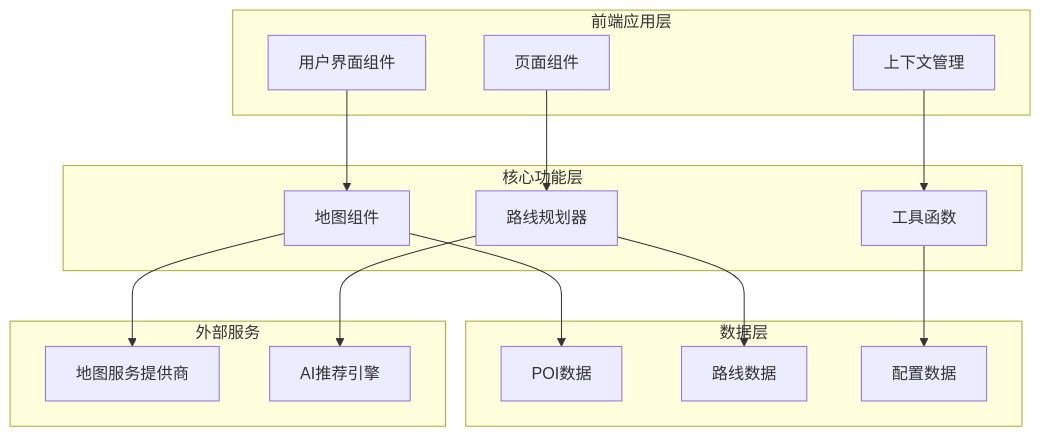
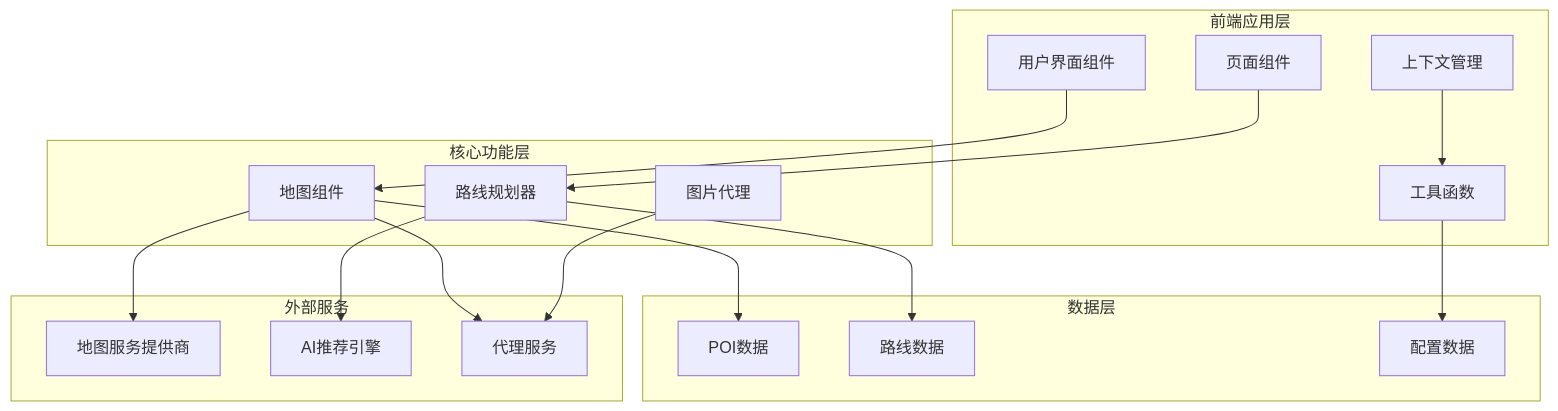
The first of 10 diagrams in .qoder/repowiki/zh/content/项目概述/核心功能特性/交互式地图服务.md (ititjjy/AITrip-plan), drawn with Mermaid before and after one commit. The commit also changed other lines of this file and 144 other files, not shown here.

````diff
--- a/.qoder/repowiki/zh/content/项目概述/核心功能特性/交互式地图服务.md
+++ b/.qoder/repowiki/zh/content/项目概述/核心功能特性/交互式地图服务.md
@@ -35,30 +48,34 @@
 ```mermaid
 graph TB
 subgraph "前端应用层"
 UI[用户界面组件]
 Pages[页面组件]
 Context[上下文管理]
+Utils[工具函数]
 end
 subgraph "核心功能层"
 Map[地图组件]
 Planner[路线规划器]
-Utils[工具函数]
+ImageProxy[图片代理]
 end
 subgraph "数据层"
 POI[POI数据]
 Routes[路线数据]
 Config[配置数据]
 end
 subgraph "外部服务"
 MapServices[地图服务提供商]
 AI[AI推荐引擎]
+Proxy[代理服务]
 end
 UI --> Map
 Pages --> Planner
 Context --> Utils
 Map --> POI
 Planner --> Routes
 Utils --> Config
 Map --> MapServices
+Map --> Proxy
 Planner --> AI
+ImageProxy --> Proxy
 ```
````
